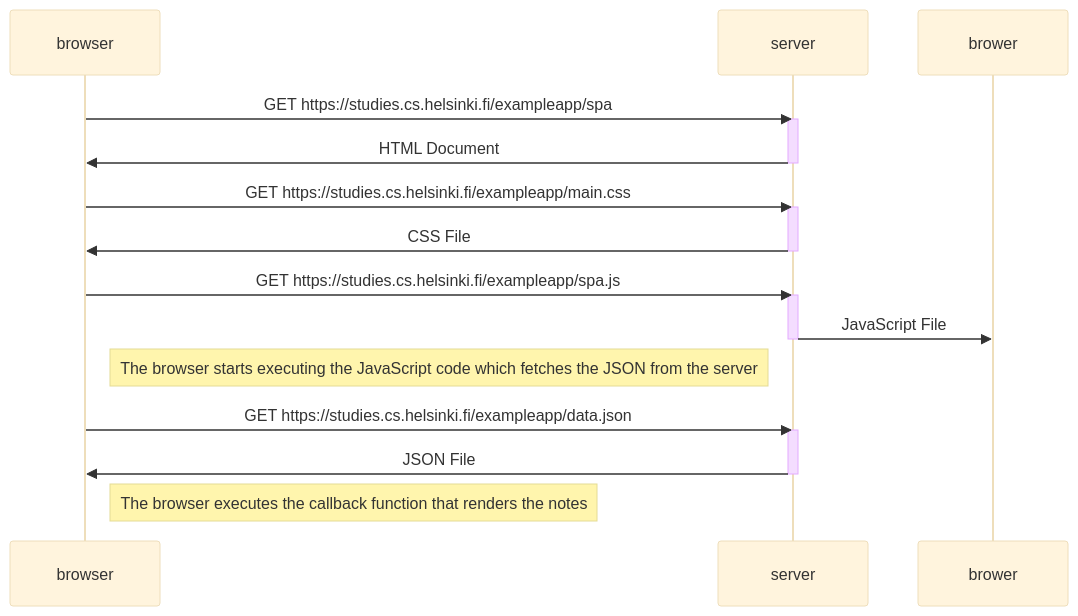
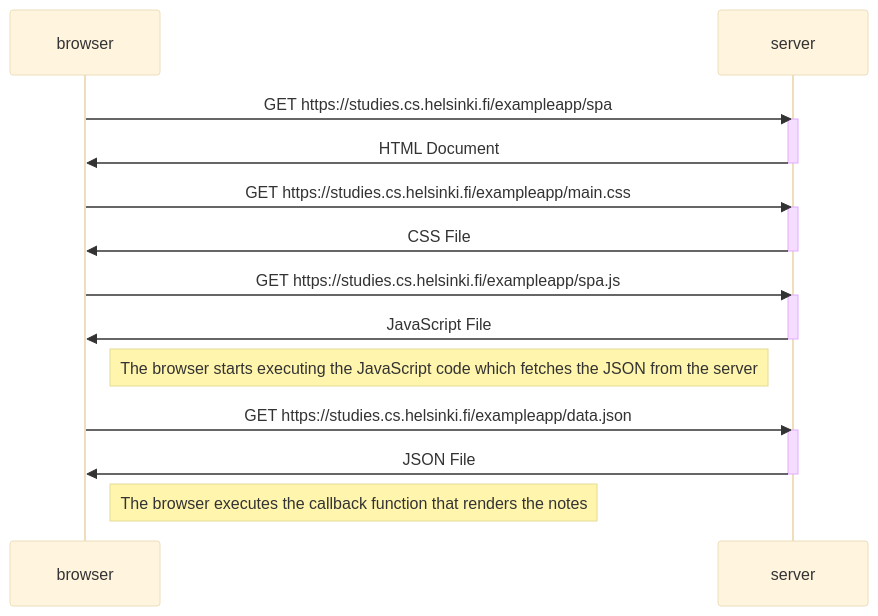
The diagram in part_0/05.md (suhanisuri/fullstackopen), drawn with Mermaid (base theme) before and after one commit.

Commit message:
part 0 exercises

````diff
--- a/part_0/05.md
+++ b/part_0/05.md
@@ -3,31 +3,31 @@
 ```mermaid
 
 sequenceDiagram
     participant browser
     participant server
 
     browser->>server: GET https://studies.cs.helsinki.fi/exampleapp/spa
     activate server
     server->>browser: HTML Document
     deactivate server
 
     browser->>server: GET https://studies.cs.helsinki.fi/exampleapp/main.css
     activate server
     server->>browser : CSS File
     deactivate server
 
     browser->>server: GET https://studies.cs.helsinki.fi/exampleapp/spa.js
     activate server
-    server->>brower : JavaScript File
+    server->>browser : JavaScript File
     deactivate server
 
     Note right of browser : The browser starts executing the JavaScript code which fetches the JSON from the server
 
     browser->>server: GET https://studies.cs.helsinki.fi/exampleapp/data.json
     activate server
     server->>browser : JSON File
     deactivate server
 
     Note right of browser : The browser executes the callback function that renders the notes
 
 ```
````
